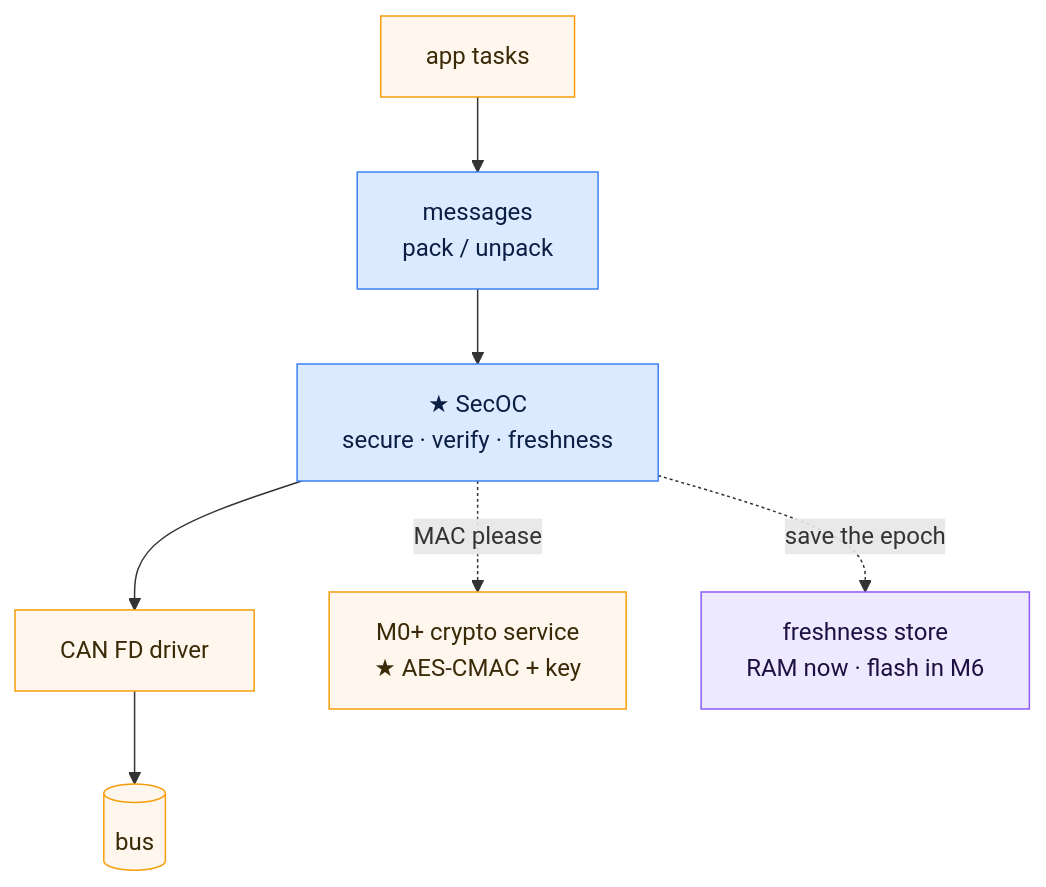
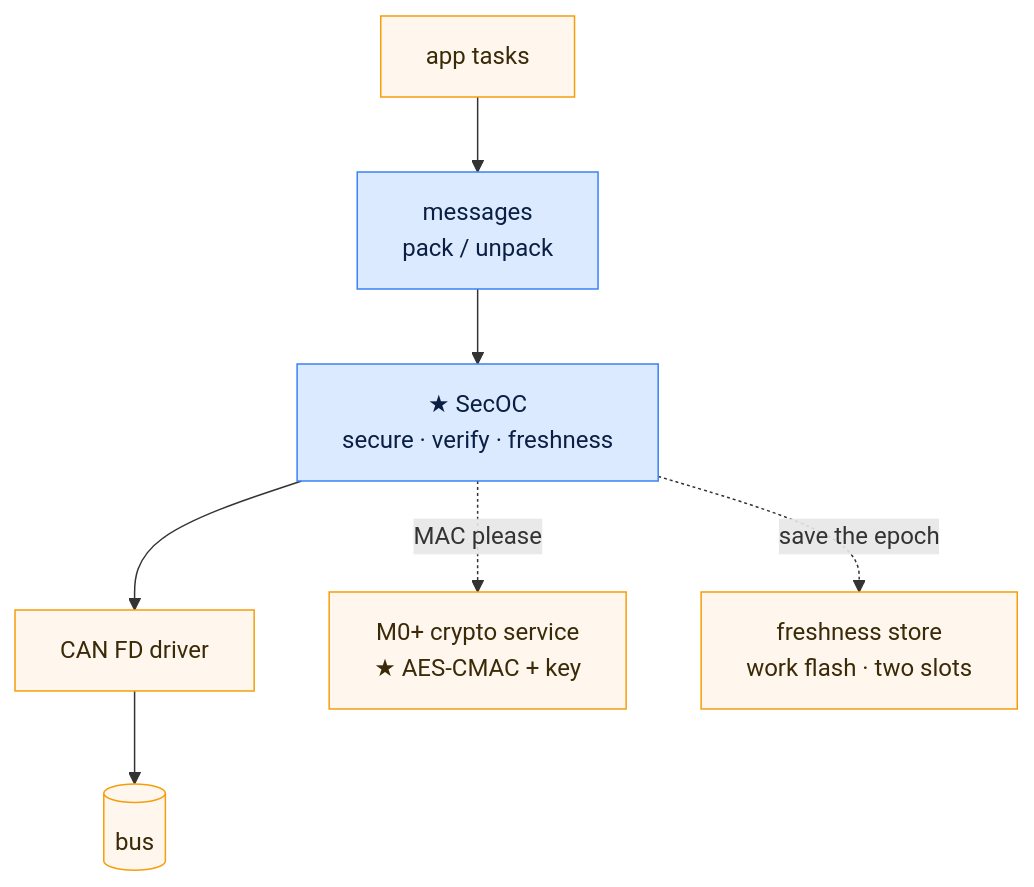
Before and after one commit to binhnguyenthanh051-ops/traveo-body-domain: the sixth of 10 diagrams in docs/blogs/m5-secoc-blog-draft.md, drawn with Mermaid. The commit also changed other lines of this file and 4 other files, not shown here.

````diff
--- a/docs/blogs/m5-secoc-blog-draft.md
+++ b/docs/blogs/m5-secoc-blog-draft.md
@@ -135,14 +139,12 @@
 ```mermaid
 flowchart TB
     APP["app tasks"] --> MSG["messages<br/>pack / unpack"]
     MSG --> SEC["★ SecOC<br/>secure · verify · freshness"]
     SEC --> CAN["CAN FD driver"] --> BUS[("bus")]
     SEC -. "MAC please" .-> M0["M0+ crypto service<br/>★ AES-CMAC + key"]
-    SEC -. "save the epoch" .-> ST["freshness store<br/>RAM now · flash in M6"]
+    SEC -. "save the epoch" .-> ST["freshness store<br/>work flash · two slots"]
     classDef pure fill:#dbeafe,stroke:#3b82f6,color:#0b1f44;
     classDef tgt fill:#fff7ed,stroke:#f59e0b,color:#3a2a08;
-    classDef next fill:#ede9fe,stroke:#8b5cf6,color:#1e1040;
     class SEC,MSG pure;
-    class APP,CAN,BUS,M0 tgt;
-    class ST next;
+    class APP,CAN,BUS,M0,ST tgt;
 ```
````
